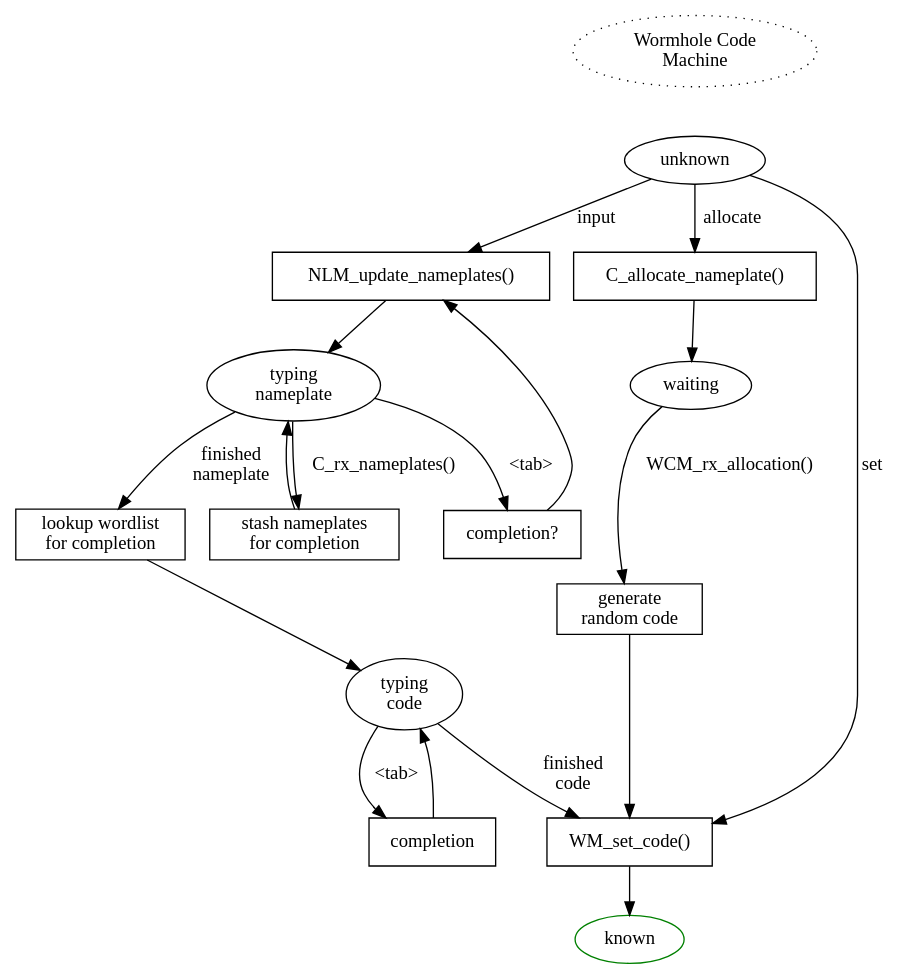
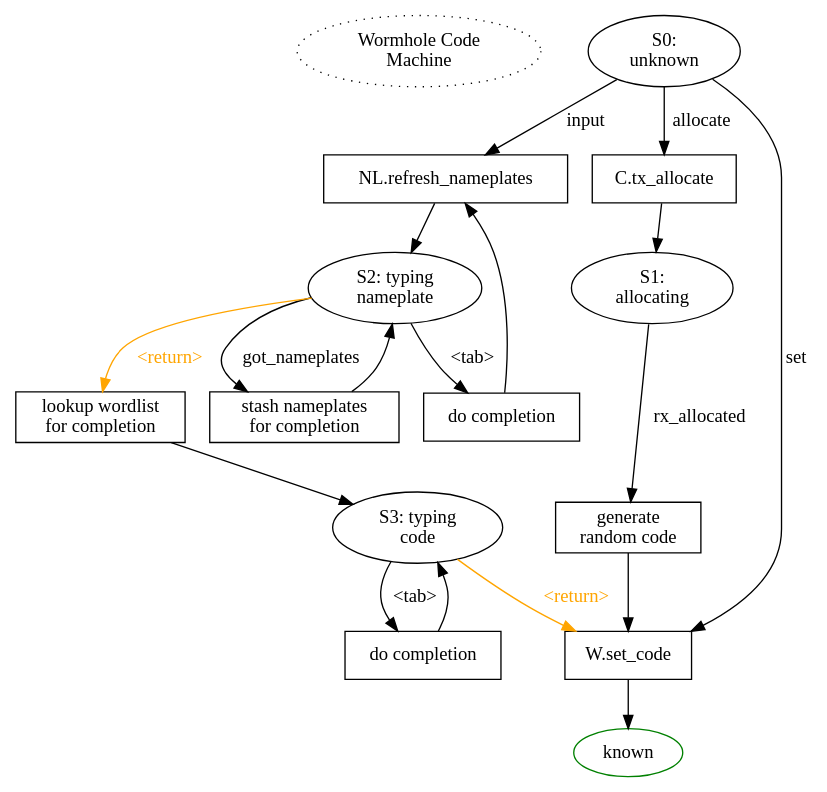
The diagram in docs/code.dot (magic-wormhole/magic-wormhole), drawn with Graphviz before and after one commit. The commit also changed 1 other file, not shown here.

```diff
--- a/docs/code.dot
+++ b/docs/code.dot
@@ -1,41 +1,48 @@
 digraph {
 
-        WCM_start [label="Wormhole Code\nMachine" style="dotted"]
-        WCM_start -> WCM_S_unknown [style="invis"]
-        WCM_S_unknown [label="unknown"]
-        WCM_S_unknown -> WCM_P_set_code [label="set"]
-        WCM_P_set_code [shape="box" label="WM_set_code()"]
-        WCM_P_set_code -> WCM_S_known
-        WCM_S_known [label="known" color="green"]
+        start [label="Wormhole Code\nMachine" style="dotted"]
+        {rank=same; start S0}
+        {rank=same; P_list_nameplates P_allocate}
+        {rank=same; S1 S2}
+        {rank=same; S3 P_allocate_generate}
+        start -> S0 [style="invis"]
+        S0 [label="S0:\nunknown"]
+        S0 -> P_set_code [label="set"]
+        P_set_code [shape="box" label="W.set_code"]
+        P_set_code -> S_known
+        S_known [label="known" color="green"]
 
-        WCM_S_unknown -> WCM_P_list_nameplates [label="input"]
-        WCM_S_typing_nameplate [label="typing\nnameplate"]
+        S0 -> P_list_nameplates [label="input"]
+        S2 [label="S2: typing\nnameplate"]
 
-        WCM_S_typing_nameplate -> WCM_P_nameplate_completion [label="<tab>"]
-        WCM_P_nameplate_completion [shape="box" label="completion?"]
-        WCM_P_nameplate_completion -> WCM_P_list_nameplates
-        WCM_P_list_nameplates [shape="box" label="NLM_update_nameplates()"]
-        WCM_P_list_nameplates -> WCM_S_typing_nameplate
+        S2 -> P_nameplate_completion [label="<tab>"]
+        P_nameplate_completion [shape="box" label="do completion"]
+        P_nameplate_completion -> P_list_nameplates
+        P_list_nameplates [shape="box" label="NL.refresh_nameplates"]
+        P_list_nameplates -> S2
 
-        WCM_S_typing_nameplate -> WCM_P_got_nameplates [label="C_rx_nameplates()"]
-        WCM_P_got_nameplates [shape="box" label="stash nameplates\nfor completion"]
-        WCM_P_got_nameplates -> WCM_S_typing_nameplate
-        WCM_S_typing_nameplate -> WCM_P_finish_nameplate [label="finished\nnameplate"]
-        WCM_P_finish_nameplate [shape="box" label="lookup wordlist\nfor completion"]
-        WCM_P_finish_nameplate -> WCM_S_typing_code
-        WCM_S_typing_code [label="typing\ncode"]
-        WCM_S_typing_code -> WCM_P_code_completion [label="<tab>"]
-        WCM_P_code_completion [shape="box" label="completion"]
-        WCM_P_code_completion -> WCM_S_typing_code
+        S2 -> P_got_nameplates [label="got_nameplates"]
+        P_got_nameplates [shape="box" label="stash nameplates\nfor completion"]
+        P_got_nameplates -> S2
+        S2 -> P_finish_nameplate [label="<return>"
+                                                  color="orange"
+                                                  fontcolor="orange"]
+        P_finish_nameplate [shape="box" label="lookup wordlist\nfor completion"]
+        P_finish_nameplate -> S3
+        S3 [label="S3: typing\ncode"]
+        S3 -> P_code_completion [label="<tab>"]
+        P_code_completion [shape="box" label="do completion"]
+        P_code_completion -> S3
 
-        WCM_S_typing_code -> WCM_P_set_code [label="finished\ncode"]
+        S3 -> P_set_code [label="<return>"
+                                     color="orange" fontcolor="orange"]
 
-        WCM_S_unknown -> WCM_P_allocate [label="allocate"]
-        WCM_P_allocate [shape="box" label="C_allocate_nameplate()"]
-        WCM_P_allocate -> WCM_S_allocate_waiting
-        WCM_S_allocate_waiting [label="waiting"]
-        WCM_S_allocate_waiting -> WCM_P_allocate_generate [label="WCM_rx_allocation()"]
-        WCM_P_allocate_generate [shape="box" label="generate\nrandom code"]
-        WCM_P_allocate_generate -> WCM_P_set_code
+        S0 -> P_allocate [label="allocate"]
+        P_allocate [shape="box" label="C.tx_allocate"]
+        P_allocate -> S1
+        S1 [label="S1:\nallocating"]
+        S1 -> P_allocate_generate [label="rx_allocated"]
+        P_allocate_generate [shape="box" label="generate\nrandom code"]
+        P_allocate_generate -> P_set_code
         
 }
```
